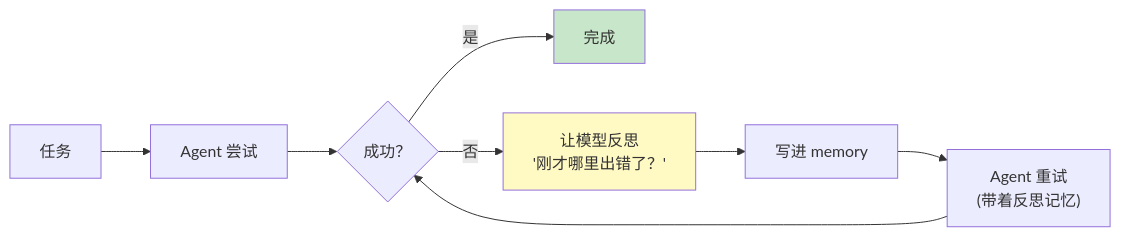
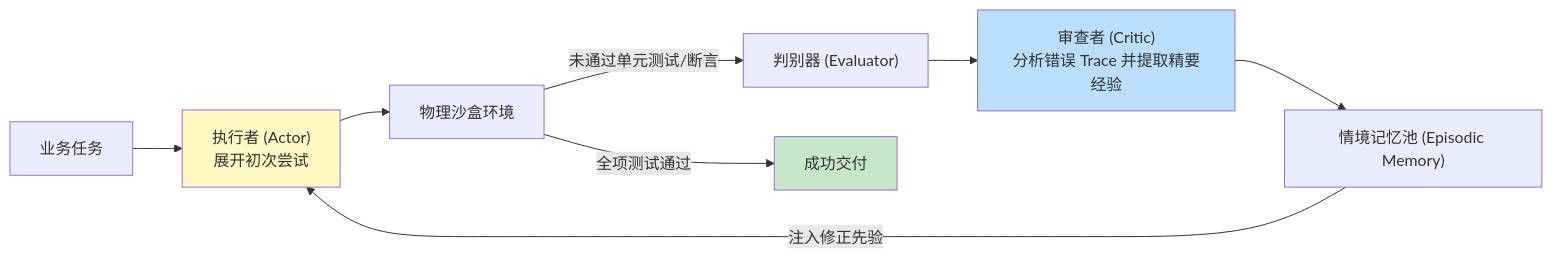
One commit to yingwang/thinking-in-llm changed the fifth of 9 diagrams in chapters/11-agents.md. Above: the diagram before and after it, drawn with Mermaid. The commit also changed other lines of this file and 31 other files, not shown here.

````diff
--- a/chapters/11-agents.md
+++ b/chapters/11-agents.md
@@ -336,13 +251,14 @@
 ```mermaid
 flowchart LR
-    T["任务"] --> A1["Agent 尝试"]
-    A1 --> R1{"成功？"}
-    R1 -->|是| OK["完成"]
-    R1 -->|否| Critic["让模型反思<br>'刚才哪里出错了？'"]
-    Critic --> Memory["写进 memory"]
-    Memory --> A2["Agent 重试<br>(带着反思记忆)"]
-    A2 --> R1
+    Goal["业务任务"] --> Act["执行者 (Actor)<br>展开初次尝试"]
+    Act --> Env["物理沙盒环境"]
+    Env -->|未通过单元测试/断言| Eval["判别器 (Evaluator)"]
+    Eval --> Critic["审查者 (Critic)<br>分析错误 Trace 并提取精要经验"]
+    Critic --> EpMem["情境记忆池 (Episodic Memory)"]
+    EpMem -->|"注入修正先验"| Act
+    Env -->|全项测试通过| Success["成功交付"]
     
-    style OK fill:#c8e6c9
-    style Critic fill:#fff9c4
+    style Act fill:#fff9c4
+    style Critic fill:#bbdefb
+    style Success fill:#c8e6c9
 ```
````
